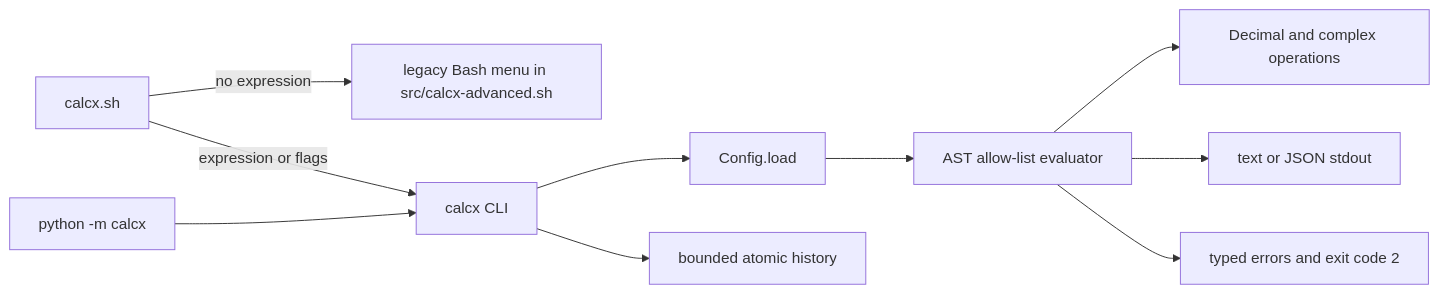
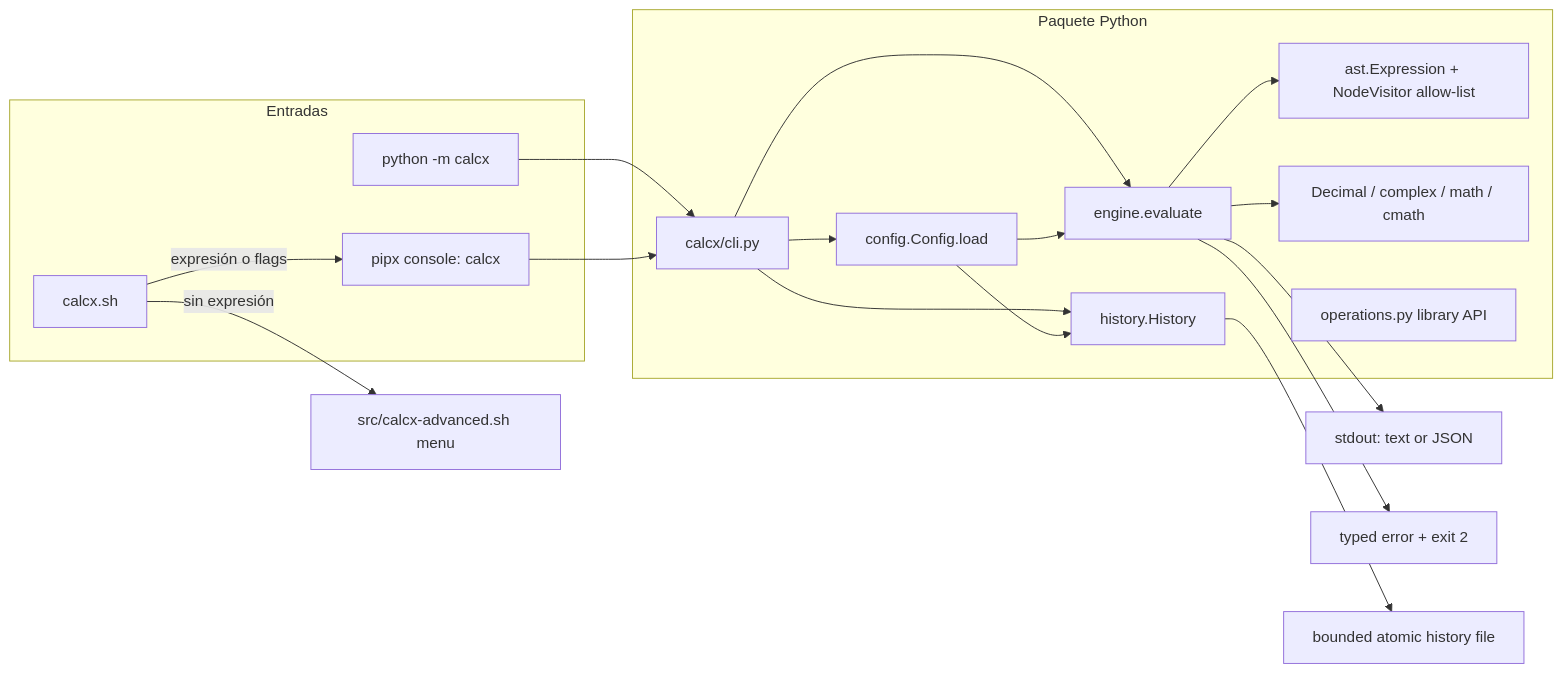
One commit to genesisgzdev/calcx-advanced changed the first of 2 diagrams in docs/ARCHITECTURE.md. Above: the diagram before and after it, drawn with Mermaid. The commit also changed other lines of this file, not shown here.

Commit message:
docs: deepen architecture and execution traces

```diff
--- a/docs/ARCHITECTURE.md
+++ b/docs/ARCHITECTURE.md
@@ -5,12 +7,25 @@
 ~~~mermaid
 flowchart LR
-    A[calcx.sh] -->|no expression| M[legacy Bash menu in src/calcx-advanced.sh]
-    A -->|expression or flags| C[calcx CLI]
-    P[python -m calcx] --> C
-    C --> CFG[Config.load]
-    CFG --> E[AST allow-list evaluator]
-    E --> O[Decimal and complex operations]
-    C --> H[bounded atomic history]
-    E --> OUT[text or JSON stdout]
-    E --> ERR[typed errors and exit code 2]
+    subgraph ENTRY[Entradas]
+      SH[calcx.sh]
+      PM[python -m calcx]
+      PX[pipx console: calcx]
+    end
+    SH -->|sin expresión| MENU[src/calcx-advanced.sh menu]
+    SH -->|expresión o flags| PX
+    PM --> CLI[calcx/cli.py]
+    PX --> CLI
+    subgraph PY[Paquete Python]
+      CLI --> CFG[config.Config.load]
+      CLI --> ENG[engine.evaluate]
+      ENG --> AST[ast.Expression + NodeVisitor allow-list]
+      ENG --> NUM[Decimal / complex / math / cmath]
+      CLI --> HIST[history.History]
+      OPS[operations.py library API]
+    end
+    CFG --> ENG
+    CFG --> HIST
+    ENG --> OUT[stdout: text or JSON]
+    ENG --> ERR[typed error + exit 2]
+    HIST --> FILE[bounded atomic history file]
 ~~~
```
